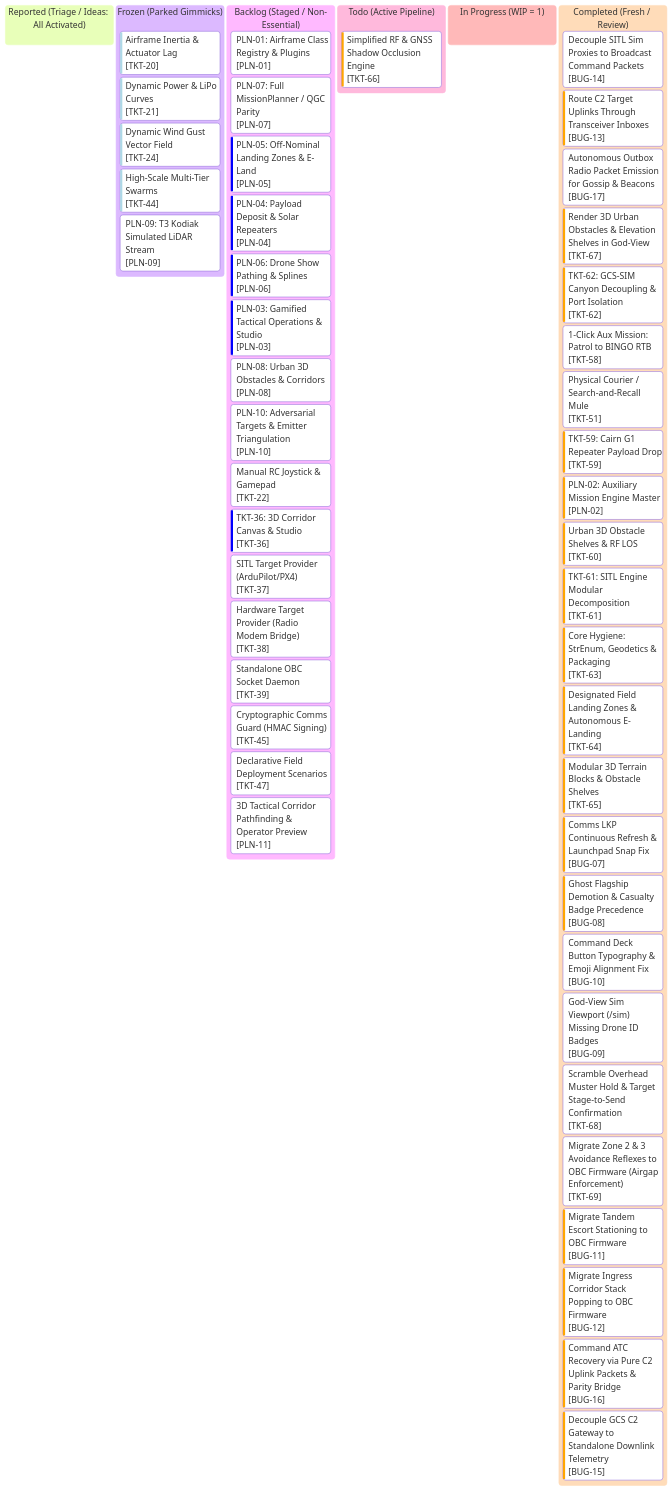
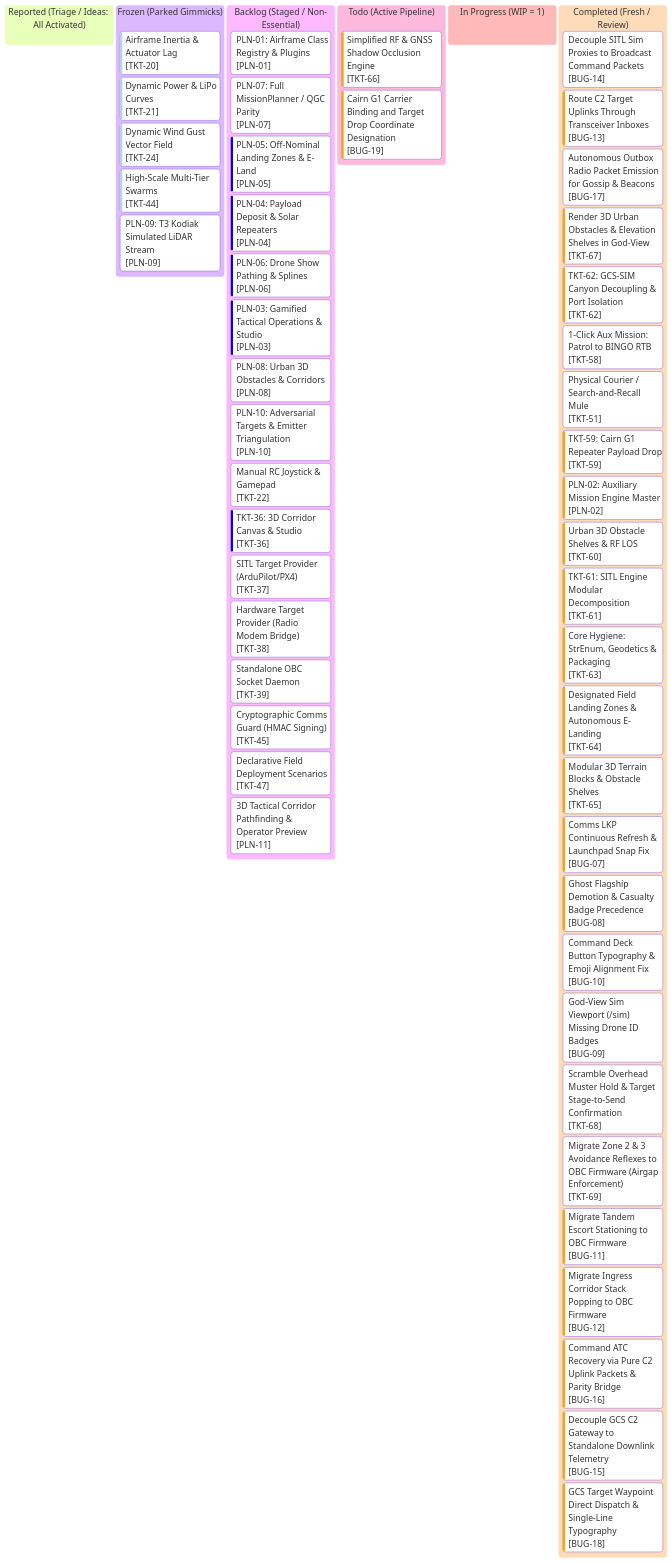
Before and after one commit to AlitheiaDeus/AlitheiaHive: the diagram in roadmap/kanban.md, drawn with Mermaid. The commit also changed other lines of this file and 4 other files, not shown here.

Commit message:
fix(gcs): restore 1-click waypoint dispatch and single-line button typography (BUG-18)

````diff
--- a/roadmap/kanban.md
+++ b/roadmap/kanban.md
@@ -10,75 +10,77 @@
 ```mermaid
 %%{init: {
   'theme': 'base',
   'themeVariables': {
     'primaryColor': '#0d2235',
     'primaryTextColor': '#d4f4ff',
     'primaryBorderColor': '#00f0ff',
     'lineColor': '#00f0ff',
     'background': '#061019',
     'mainBkg': '#0a1926',
     'secondaryColor': '#081420',
     'secondaryTextColor': '#5a7e96',
     'secondaryBorderColor': '#134e6f',
     'tertiaryColor': '#0e263d',
     'tertiaryTextColor': '#00ffaa',
     'tertiaryBorderColor': '#00ffaa',
     'clusterBkg': '#081420',
     'clusterBorder': '#134e6f',
     'fontFamily': "'JetBrains Mono', 'Courier New', monospace"
   }
 }}%%
 kanban
   reported["Reported (Triage / Ideas: All Activated)"]
   frozen["Frozen (Parked Gimmicks)"]
     tkt20["Airframe Inertia & Actuator Lag"]@{ ticket: '[TKT-20]', priority: 'Very Low' }
     tkt21["Dynamic Power & LiPo Curves"]@{ ticket: '[TKT-21]', priority: 'Very Low' }
     tkt24["Dynamic Wind Gust Vector Field"]@{ ticket: '[TKT-24]', priority: 'Very Low' }
     tkt44["High-Scale Multi-Tier Swarms"]@{ ticket: '[TKT-44]', priority: 'Very Low' }
     pln09["PLN-09: T3 Kodiak Simulated LiDAR Stream"]@{ ticket: '[PLN-09]', priority: 'Medium' }
   backlog["Backlog (Staged / Non-Essential)"]
     pln01["PLN-01: Airframe Class Registry & Plugins"]@{ ticket: '[PLN-01]', priority: 'Medium' }
     pln07["PLN-07: Full MissionPlanner / QGC Parity"]@{ ticket: '[PLN-07]', priority: 'Medium' }
     pln05["PLN-05: Off-Nominal Landing Zones & E-Land"]@{ ticket: '[PLN-05]', priority: 'Low' }
     pln04["PLN-04: Payload Deposit & Solar Repeaters"]@{ ticket: '[PLN-04]', priority: 'Low' }
     pln06["PLN-06: Drone Show Pathing & Splines"]@{ ticket: '[PLN-06]', priority: 'Low' }
     pln03["PLN-03: Gamified Tactical Operations & Studio"]@{ ticket: '[PLN-03]', priority: 'Low' }
     pln08["PLN-08: Urban 3D Obstacles & Corridors"]@{ ticket: '[PLN-08]', priority: 'Medium' }
     pln10["PLN-10: Adversarial Targets & Emitter Triangulation"]@{ ticket: '[PLN-10]', priority: 'Medium' }
     tkt22["Manual RC Joystick & Gamepad"]@{ ticket: '[TKT-22]', priority: 'Medium' }
     tkt36["TKT-36: 3D Corridor Canvas & Studio"]@{ ticket: '[TKT-36]', priority: 'Low' }
     tkt37["SITL Target Provider (ArduPilot/PX4)"]@{ ticket: '[TKT-37]', priority: 'Medium' }
     tkt38["Hardware Target Provider (Radio Modem Bridge)"]@{ ticket: '[TKT-38]', priority: 'Medium' }
     tkt39["Standalone OBC Socket Daemon"]@{ ticket: '[TKT-39]', priority: 'Medium' }
     tkt45["Cryptographic Comms Guard (HMAC Signing)"]@{ ticket: '[TKT-45]', priority: 'Medium' }
     tkt47["Declarative Field Deployment Scenarios"]@{ ticket: '[TKT-47]', priority: 'Medium' }
     pln11["3D Tactical Corridor Pathfinding & Operator Preview"]@{ ticket: '[PLN-11]', priority: 'Medium' }
   todo["Todo (Active Pipeline)"]
     tkt66["Simplified RF & GNSS Shadow Occlusion Engine"]@{ ticket: '[TKT-66]', priority: 'High' }
+    bug19["Cairn G1 Carrier Binding and Target Drop Coordinate Designation"]@{ ticket: '[BUG-19]', priority: 'High' }
   in_progress["In Progress (WIP = 1)"]
   completed["Completed (Fresh / Review)"]
     bug14["Decouple SITL Sim Proxies to Broadcast Command Packets"]@{ ticket: '[BUG-14]', priority: 'Normal' }
     bug13["Route C2 Target Uplinks Through Transceiver Inboxes"]@{ ticket: '[BUG-13]', priority: 'High' }
     bug17["Autonomous Outbox Radio Packet Emission for Gossip & Beacons"]@{ ticket: '[BUG-17]', priority: 'Normal' }
     tkt67["Render 3D Urban Obstacles & Elevation Shelves in God-View"]@{ ticket: '[TKT-67]', priority: 'High' }
     tkt62["TKT-62: GCS-SIM Canyon Decoupling & Port Isolation"]@{ ticket: '[TKT-62]', priority: 'High' }
     tkt58["1-Click Aux Mission: Patrol to BINGO RTB"]@{ ticket: '[TKT-58]', priority: 'Medium' }
     tkt51["Physical Courier / Search-and-Recall Mule"]@{ ticket: '[TKT-51]', priority: 'Medium' }
     tkt59["TKT-59: Cairn G1 Repeater Payload Drop"]@{ ticket: '[TKT-59]', priority: 'High' }
     pln02["PLN-02: Auxiliary Mission Engine Master"]@{ ticket: '[PLN-02]', priority: 'High' }
     tkt60["Urban 3D Obstacle Shelves & RF LOS"]@{ ticket: '[TKT-60]', priority: 'High' }
     tkt61["TKT-61: SITL Engine Modular Decomposition"]@{ ticket: '[TKT-61]', priority: 'High' }
     tkt63["Core Hygiene: StrEnum, Geodetics & Packaging"]@{ ticket: '[TKT-63]', priority: 'High' }
     tkt64["Designated Field Landing Zones & Autonomous E-Landing"]@{ ticket: '[TKT-64]', priority: 'High' }
     tkt65["Modular 3D Terrain Blocks & Obstacle Shelves"]@{ ticket: '[TKT-65]', priority: 'High' }
     bug07["Comms LKP Continuous Refresh & Launchpad Snap Fix"]@{ ticket: '[BUG-07]', priority: 'High' }
     bug08["Ghost Flagship Demotion & Casualty Badge Precedence"]@{ ticket: '[BUG-08]', priority: 'High' }
     bug10["Command Deck Button Typography & Emoji Alignment Fix"]@{ ticket: '[BUG-10]', priority: 'Normal' }
     bug09["God-View Sim Viewport (/sim) Missing Drone ID Badges"]@{ ticket: '[BUG-09]', priority: 'Normal' }
     tkt68["Scramble Overhead Muster Hold & Target Stage-to-Send Confirmation"]@{ ticket: '[TKT-68]', priority: 'Normal' }
     tkt69["Migrate Zone 2 & 3 Avoidance Reflexes to OBC Firmware (Airgap Enforcement)"]@{ ticket: '[TKT-69]', priority: 'Normal' }
     bug11["Migrate Tandem Escort Stationing to OBC Firmware"]@{ ticket: '[BUG-11]', priority: 'High' }
     bug12["Migrate Ingress Corridor Stack Popping to OBC Firmware"]@{ ticket: '[BUG-12]', priority: 'High' }
     bug16["Command ATC Recovery via Pure C2 Uplink Packets & Parity Bridge"]@{ ticket: '[BUG-16]', priority: 'High' }
     bug15["Decouple GCS C2 Gateway to Standalone Downlink Telemetry"]@{ ticket: '[BUG-15]', priority: 'High' }
+    bug18["GCS Target Waypoint Direct Dispatch & Single-Line Typography"]@{ ticket: '[BUG-18]', priority: 'High' }
 ```
````
